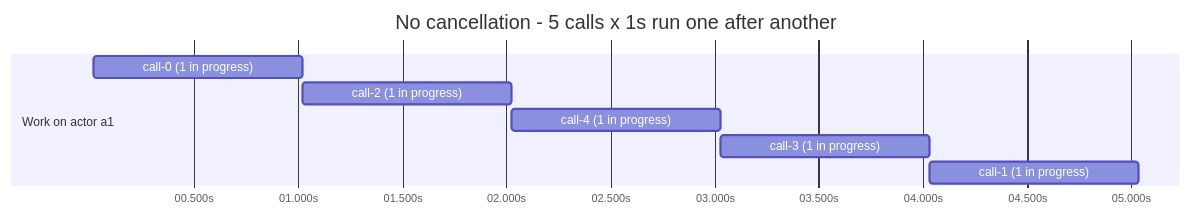
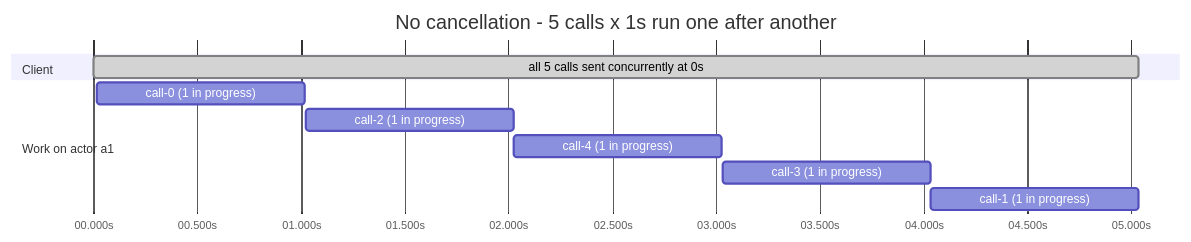
The first of 2 diagrams in README.md (olitomlinson/dapr-actor-concurrency-repro), drawn with Mermaid before and after one commit. The commit also changed other lines of this file and 1 other file, not shown here.

First line of the commit message:
Say that the client sends every call concurrently

````diff
--- a/README.md
+++ b/README.md
@@ -73,12 +73,14 @@
 ```mermaid
 gantt
     title No cancellation - 5 calls x 1s run one after another
     dateFormat x
     axisFormat %S.%Ls
+    section Client
+    all 5 calls sent concurrently at 0s :done, 0, 5035
     section Work on actor a1
     call-0 (1 in progress) :17, 1019
     call-2 (1 in progress) :1022, 2024
     call-4 (1 in progress) :2025, 3027
     call-3 (1 in progress) :3029, 4031
     call-1 (1 in progress) :4034, 5035
 ```
````
